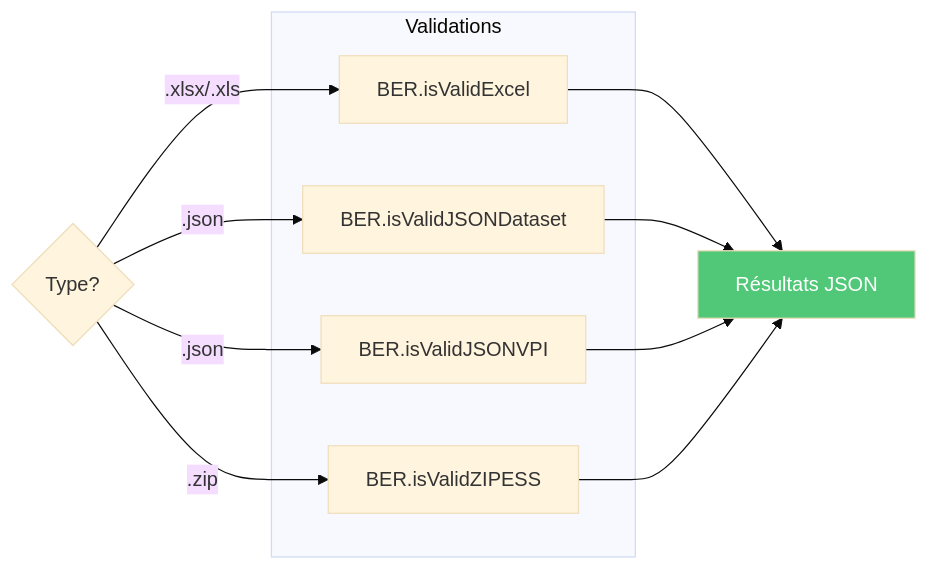
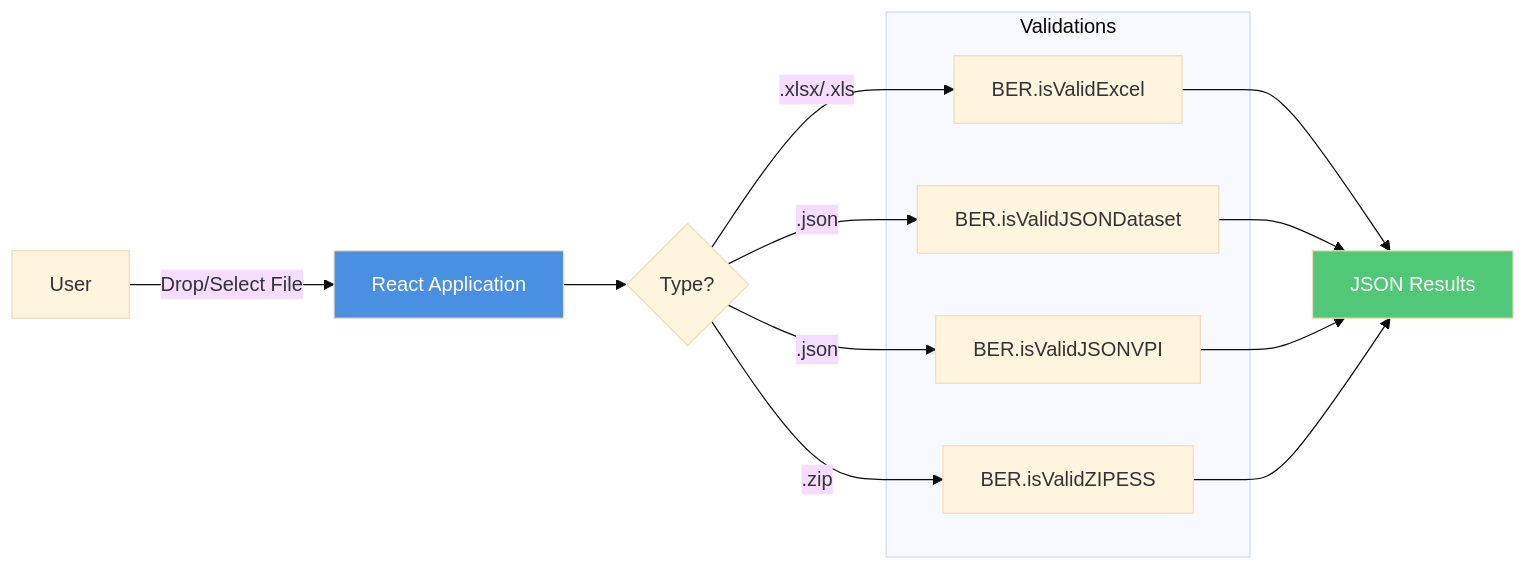
Before and after one commit to infrasoftbe/vnv-doc: the eighth of 13 diagrams in vnv-doc-content/blog/posts/Validation procedures.md, drawn with Mermaid (base theme). The commit also changed other lines of this file and 9 other files, not shown here.

````diff
--- a/vnv-doc-content/blog/posts/Validation procedures.md
+++ b/vnv-doc-content/blog/posts/Validation procedures.md
@@ -582,25 +584,31 @@
 ```mermaid
 graph LR
+    USER[User]
+    APP[React Application]
     VALIDATOR{Type?}
     
     subgraph "Validations"
         V_EXCEL[BER.isValidExcel]
         V_DATASET[BER.isValidJSONDataset]
         V_VPI[BER.isValidJSONVPI]
         V_ZIP[BER.isValidZIPESS]
     end
     
-    RESULT[Résultats JSON]
+    RESULT[JSON Results]
+    
+    USER -->|Drop/Select File| APP
+    APP --> VALIDATOR
     
     VALIDATOR -->|.xlsx/.xls| V_EXCEL
     VALIDATOR -->|.json| V_DATASET
     VALIDATOR -->|.json| V_VPI
     VALIDATOR -->|.zip| V_ZIP
     
     V_EXCEL --> RESULT
     V_DATASET --> RESULT
     V_VPI --> RESULT
     V_ZIP --> RESULT
     
+    style APP fill:#4a90e2,color:#fff
     style RESULT fill:#50c878,color:#fff
 ```
````
